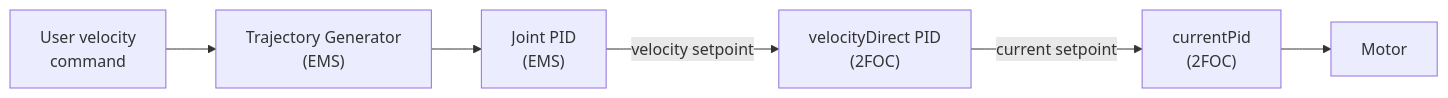
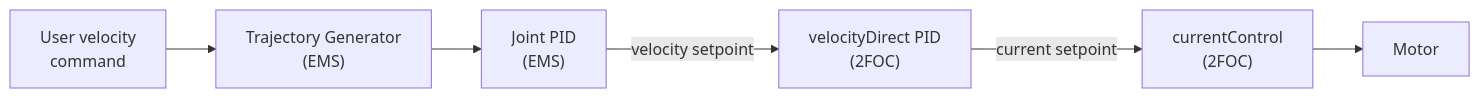
Before and after one commit to valegagge/robots-configuration: the second of 2 diagrams in iCubTemplates/CONTROLS_group_guide.md, drawn with Mermaid. The commit also changed other lines of this file, not shown here.

Commit message:
Rename 'currentPid' to 'currentControl' in documentation

````diff
--- a/iCubTemplates/CONTROLS_group_guide.md
+++ b/iCubTemplates/CONTROLS_group_guide.md
@@ -150,11 +150,11 @@
 ```mermaid
 graph LR
     U3["User velocity\ncommand"]
     TG3["Trajectory Generator\n(EMS)"]
     JPID["Joint PID\n(EMS)"]
     VDPID["velocityDirect PID\n(2FOC)"]
-    CPID["currentPid\n(2FOC)"]
+    CPID["currentControl\n(2FOC)"]
     M3["Motor"]
 
     U3 --> TG3 --> JPID -->|velocity setpoint| VDPID -->|current setpoint| CPID --> M3
 ```
````
